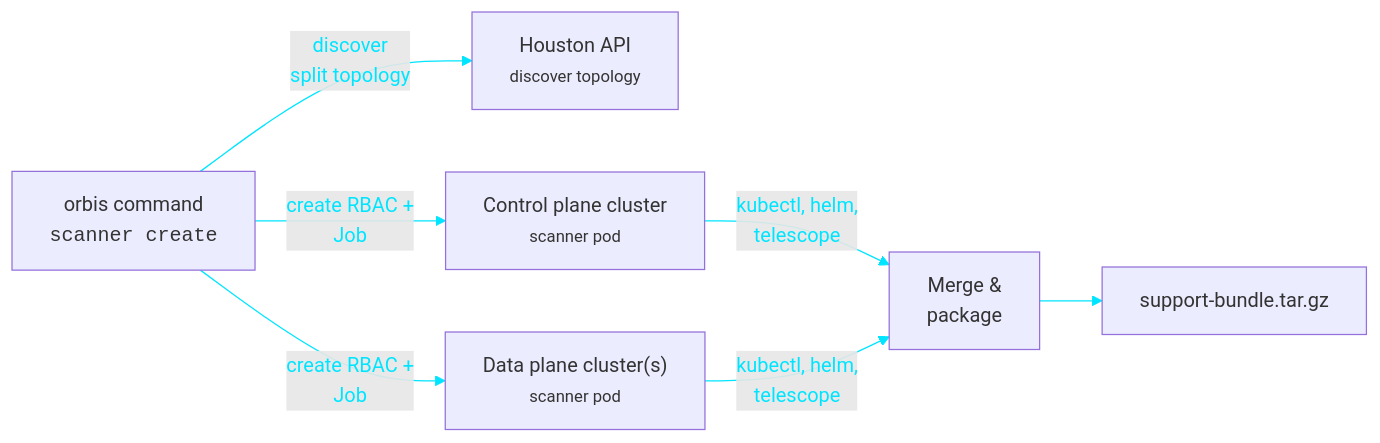
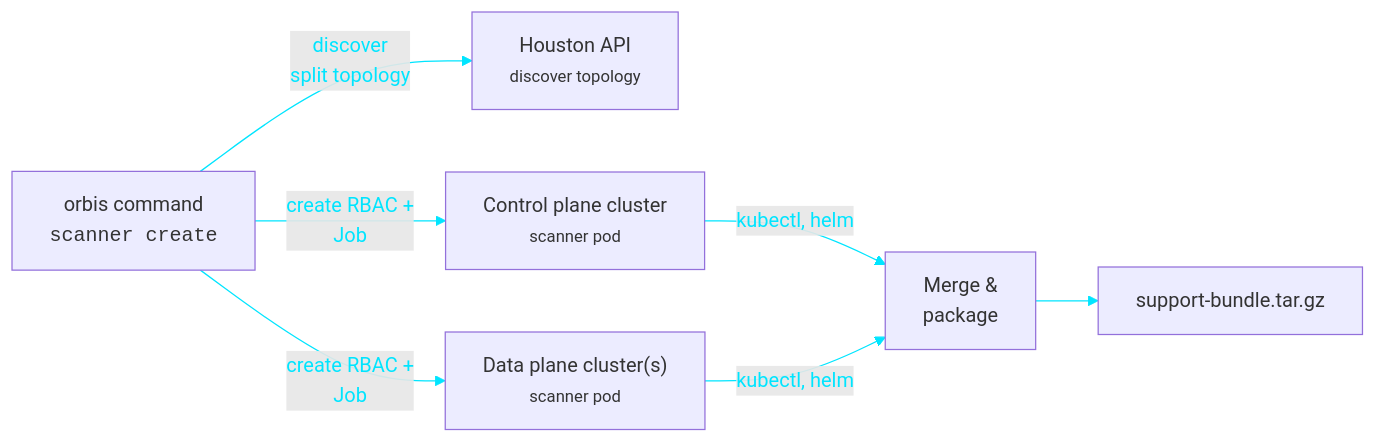
Before and after one commit to astronomer/orbis-docs: the second of 2 diagrams in docs/index.md, drawn with Mermaid. The commit also changed other lines of this file and 1 other file, not shown here.

Commit message:
docs: sync telescope removal from orbis (#4)
Synced via scripts/sync-docs.sh from orbis @ docs/remove-telescope-references.

- index.md: drop telescope from the scanner architecture diagram and prose
- changelog.md: record the removal under 0.9.0 Removed, noting telescope is
  no longer maintained and listing the dropped --telescope* options

Telescope was removed from the Orbis image and the collection path in 0.9.0,
but the published docs still listed it as a bundled diagnostic tool.

The 0.8.0 changelog entries that introduced telescope are left intact as
release history. Verified with mkdocs build --strict and by rendering both
Mermaid diagrams in a browser.

````diff
--- a/docs/index.md
+++ b/docs/index.md
@@ -60,23 +60,23 @@
 ```mermaid
 graph LR
     CLI2["orbis command<br/><code>scanner create</code>"]
     DISC["Houston API<br/><small>discover topology</small>"]
     CP["Control plane cluster<br/><small>scanner pod</small>"]
     DP["Data plane cluster(s)<br/><small>scanner pod</small>"]
     MERGE["Merge &<br/>package"]
     BUNDLE["support-bundle.tar.gz"]
 
     CLI2 -->|"discover<br/>split topology"| DISC
     CLI2 -->|"create RBAC +<br/>Job"| CP
     CLI2 -->|"create RBAC +<br/>Job"| DP
-    CP -->|"kubectl, helm,<br/>telescope"| MERGE
-    DP -->|"kubectl, helm,<br/>telescope"| MERGE
+    CP -->|"kubectl, helm"| MERGE
+    DP -->|"kubectl, helm"| MERGE
     MERGE --> BUNDLE
 
     linkStyle 0 stroke:#00e5ff,color:#00e5ff
     linkStyle 1 stroke:#00e5ff,color:#00e5ff
     linkStyle 2 stroke:#00e5ff,color:#00e5ff
     linkStyle 3 stroke:#00e5ff,color:#00e5ff
     linkStyle 4 stroke:#00e5ff,color:#00e5ff
     linkStyle 5 stroke:#00e5ff,color:#00e5ff
 ```
````
